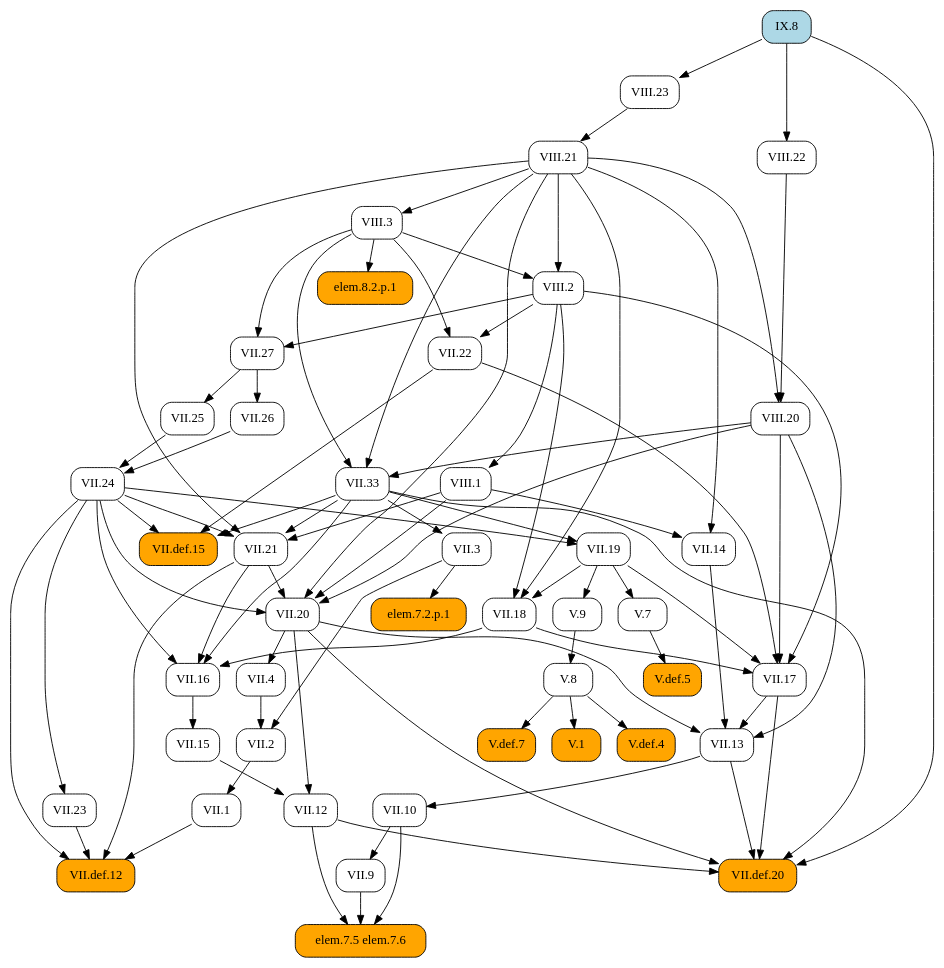
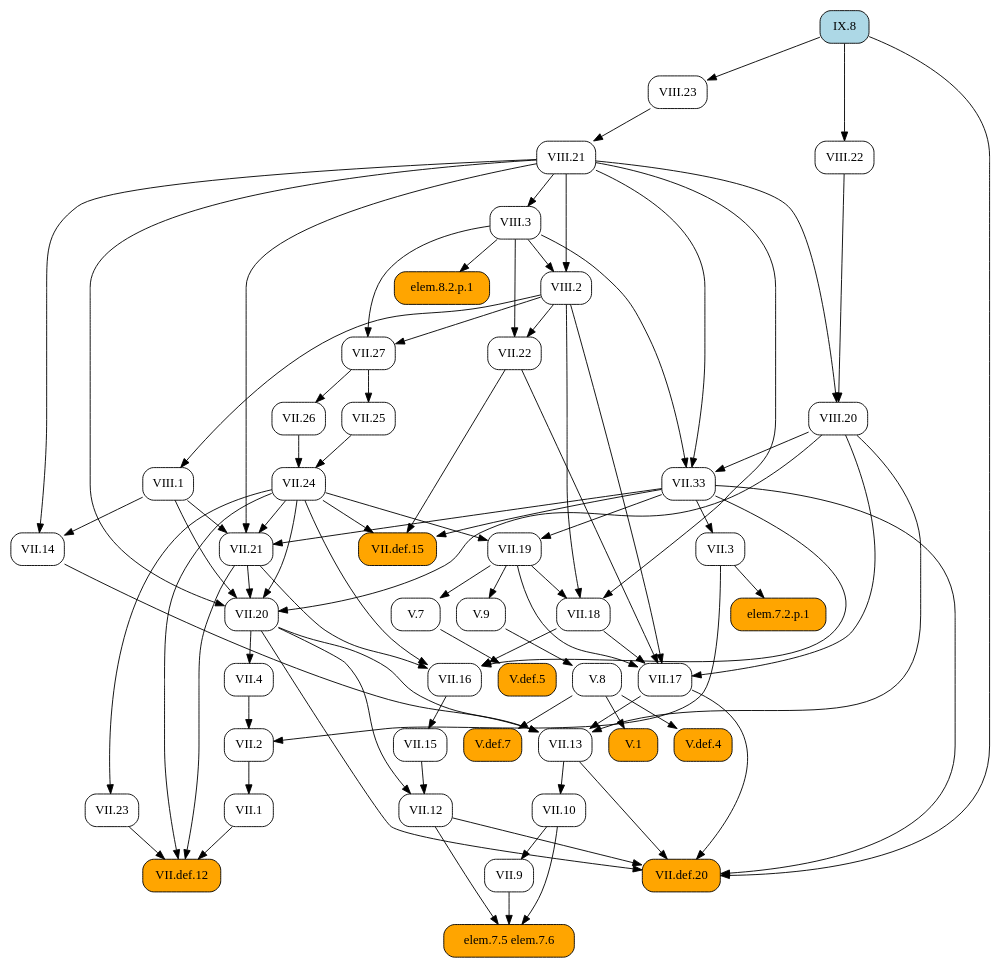
The diagram in docsrc/heath/IX/8/index.rst (geometor/elements), drawn with Graphviz before and after one commit. The commit also changed other lines of this file and 1029 other files, not shown here.

```diff
--- a/docsrc/heath/IX/8/index.rst
+++ b/docsrc/heath/IX/8/index.rst
@@ -54,133 +54,133 @@
    digraph {
      rankdir="TB";
      node [shape=box, style=rounded];
-     "V.1" [style="rounded,filled", fillcolor=orange, URL="/heath/V/1/", target="_top"];
+     "VII.1" [URL="/heath/VII/1/", target="_top"];
+     "VII.9" [URL="/heath/VII/9/", target="_top"];
+     "V.def.5" [style="rounded,filled", fillcolor=orange, URL="/heath/V/def.5/", target="_top"];
+     "VIII.23" [URL="/heath/VIII/23/", target="_top"];
+     "VII.17" [URL="/heath/VII/17/", target="_top"];
+     "VII.3" [URL="/heath/VII/3/", target="_top"];
+     "elem.7.5 elem.7.6" [style="rounded,filled", fillcolor=orange];
      "VIII.21" [URL="/heath/VIII/21/", target="_top"];
+     "V.7" [URL="/heath/V/7/", target="_top"];
+     "V.9" [URL="/heath/V/9/", target="_top"];
+     "VII.13" [URL="/heath/VII/13/", target="_top"];
+     "VII.2" [URL="/heath/VII/2/", target="_top"];
+     "VIII.1" [URL="/heath/VIII/1/", target="_top"];
+     "VIII.2" [URL="/heath/VIII/2/", target="_top"];
      "VII.12" [URL="/heath/VII/12/", target="_top"];
+     "VII.24" [URL="/heath/VII/24/", target="_top"];
      "IX.8" [style="rounded,filled", fillcolor=lightblue, URL="/heath/IX/8/", target="_top"];
-     "VII.14" [URL="/heath/VII/14/", target="_top"];
-     "VII.13" [URL="/heath/VII/13/", target="_top"];
-     "VII.16" [URL="/heath/VII/16/", target="_top"];
-     "V.def.4" [style="rounded,filled", fillcolor=orange, URL="/heath/V/def.4/", target="_top"];
+     "VII.def.12" [style="rounded,filled", fillcolor=orange, URL="/heath/VII/def.12/", target="_top"];
+     "V.8" [URL="/heath/V/8/", target="_top"];
+     "VII.33" [URL="/heath/VII/33/", target="_top"];
+     "VIII.22" [URL="/heath/VIII/22/", target="_top"];
+     "elem.7.2.p.1" [style="rounded,filled", fillcolor=orange];
+     "VII.10" [URL="/heath/VII/10/", target="_top"];
      "VII.def.15" [style="rounded,filled", fillcolor=orange, URL="/heath/VII/def.15/", target="_top"];
      "VII.18" [URL="/heath/VII/18/", target="_top"];
-     "V.8" [URL="/heath/V/8/", target="_top"];
+     "VII.19" [URL="/heath/VII/19/", target="_top"];
+     "VII.16" [URL="/heath/VII/16/", target="_top"];
+     "VII.26" [URL="/heath/VII/26/", target="_top"];
+     "VII.4" [URL="/heath/VII/4/", target="_top"];
+     "VII.25" [URL="/heath/VII/25/", target="_top"];
      "VII.21" [URL="/heath/VII/21/", target="_top"];
+     "V.1" [style="rounded,filled", fillcolor=orange, URL="/heath/V/1/", target="_top"];
+     "VII.20" [URL="/heath/VII/20/", target="_top"];
+     "VII.14" [URL="/heath/VII/14/", target="_top"];
+     "VII.27" [URL="/heath/VII/27/", target="_top"];
+     "VIII.3" [URL="/heath/VIII/3/", target="_top"];
+     "V.def.4" [style="rounded,filled", fillcolor=orange, URL="/heath/V/def.4/", target="_top"];
+     "VII.22" [URL="/heath/VII/22/", target="_top"];
      "VIII.20" [URL="/heath/VIII/20/", target="_top"];
-     "V.7" [URL="/heath/V/7/", target="_top"];
-     "VII.def.12" [style="rounded,filled", fillcolor=orange, URL="/heath/VII/def.12/", target="_top"];
+     "V.def.7" [style="rounded,filled", fillcolor=orange, URL="/heath/V/def.7/", target="_top"];
+     "VII.23" [URL="/heath/VII/23/", target="_top"];
      "VII.15" [URL="/heath/VII/15/", target="_top"];
-     "VII.2" [URL="/heath/VII/2/", target="_top"];
      "VII.def.20" [style="rounded,filled", fillcolor=orange, URL="/heath/VII/def.20/", target="_top"];
-     "VII.3" [URL="/heath/VII/3/", target="_top"];
-     "elem.7.5 elem.7.6" [style="rounded,filled", fillcolor=orange];
      "elem.8.2.p.1" [style="rounded,filled", fillcolor=orange];
-     "VII.10" [URL="/heath/VII/10/", target="_top"];
-     "VIII.23" [URL="/heath/VIII/23/", target="_top"];
-     "V.def.7" [style="rounded,filled", fillcolor=orange, URL="/heath/V/def.7/", target="_top"];
-     "VII.20" [URL="/heath/VII/20/", target="_top"];
-     "VII.9" [URL="/heath/VII/9/", target="_top"];
-     "VIII.1" [URL="/heath/VIII/1/", target="_top"];
-     "VII.25" [URL="/heath/VII/25/", target="_top"];
-     "VII.23" [URL="/heath/VII/23/", target="_top"];
-     "VII.27" [URL="/heath/VII/27/", target="_top"];
-     "VIII.2" [URL="/heath/VIII/2/", target="_top"];
-     "VII.24" [URL="/heath/VII/24/", target="_top"];
-     "VIII.3" [URL="/heath/VIII/3/", target="_top"];
-     "VII.19" [URL="/heath/VII/19/", target="_top"];
-     "VII.4" [URL="/heath/VII/4/", target="_top"];
-     "elem.7.2.p.1" [style="rounded,filled", fillcolor=orange];
-     "V.9" [URL="/heath/V/9/", target="_top"];
-     "VII.26" [URL="/heath/VII/26/", target="_top"];
-     "VIII.22" [URL="/heath/VIII/22/", target="_top"];
-     "VII.1" [URL="/heath/VII/1/", target="_top"];
-     "VII.22" [URL="/heath/VII/22/", target="_top"];
-     "VII.33" [URL="/heath/VII/33/", target="_top"];
-     "V.def.5" [style="rounded,filled", fillcolor=orange, URL="/heath/V/def.5/", target="_top"];
-     "VII.17" [URL="/heath/VII/17/", target="_top"];
-     "V.8" -> "V.1";
+     "VII.2" -> "VII.1";
+     "VII.10" -> "VII.9";
+     "V.7" -> "V.def.5";
+     "IX.8" -> "VIII.23";
+     "VII.18" -> "VII.17";
+     "VII.19" -> "VII.17";
+     "VII.22" -> "VII.17";
+     "VIII.2" -> "VII.17";
+     "VIII.20" -> "VII.17";
+     "VII.33" -> "VII.3";
+     "VII.9" -> "elem.7.5 elem.7.6";
+     "VII.10" -> "elem.7.5 elem.7.6";
+     "VII.12" -> "elem.7.5 elem.7.6";
      "VIII.23" -> "VIII.21";
-     "VII.15" -> "VII.12";
-     "VII.20" -> "VII.12";
-     "VIII.1" -> "VII.14";
-     "VIII.21" -> "VII.14";
+     "VII.19" -> "V.7";
+     "VII.19" -> "V.9";
      "VII.14" -> "VII.13";
      "VII.17" -> "VII.13";
      "VII.20" -> "VII.13";
      "VIII.20" -> "VII.13";
-     "VII.18" -> "VII.16";
-     "VII.21" -> "VII.16";
-     "VII.24" -> "VII.16";
-     "VII.33" -> "VII.16";
-     "V.8" -> "V.def.4";
+     "VII.3" -> "VII.2";
+     "VII.4" -> "VII.2";
+     "VIII.2" -> "VIII.1";
+     "VIII.3" -> "VIII.2";
+     "VIII.21" -> "VIII.2";
+     "VII.15" -> "VII.12";
+     "VII.20" -> "VII.12";
+     "VII.25" -> "VII.24";
+     "VII.26" -> "VII.24";
+     "VII.1" -> "VII.def.12";
+     "VII.21" -> "VII.def.12";
+     "VII.23" -> "VII.def.12";
+     "VII.24" -> "VII.def.12";
+     "V.9" -> "V.8";
+     "VIII.3" -> "VII.33";
+     "VIII.20" -> "VII.33";
+     "VIII.21" -> "VII.33";
+     "IX.8" -> "VIII.22";
+     "VII.3" -> "elem.7.2.p.1";
+     "VII.13" -> "VII.10";
      "VII.22" -> "VII.def.15";
      "VII.24" -> "VII.def.15";
      "VII.33" -> "VII.def.15";
      "VII.19" -> "VII.18";
      "VIII.2" -> "VII.18";
      "VIII.21" -> "VII.18";
-     "V.9" -> "V.8";
+     "VII.24" -> "VII.19";
+     "VII.33" -> "VII.19";
+     "VII.18" -> "VII.16";
+     "VII.21" -> "VII.16";
+     "VII.24" -> "VII.16";
+     "VII.33" -> "VII.16";
+     "VII.27" -> "VII.26";
+     "VII.20" -> "VII.4";
+     "VII.27" -> "VII.25";
      "VII.24" -> "VII.21";
      "VII.33" -> "VII.21";
      "VIII.1" -> "VII.21";
      "VIII.21" -> "VII.21";
+     "V.8" -> "V.1";
+     "VII.21" -> "VII.20";
+     "VII.24" -> "VII.20";
+     "VIII.1" -> "VII.20";
+     "VIII.20" -> "VII.20";
+     "VIII.21" -> "VII.20";
+     "VIII.1" -> "VII.14";
+     "VIII.21" -> "VII.14";
+     "VIII.2" -> "VII.27";
+     "VIII.3" -> "VII.27";
+     "VIII.21" -> "VIII.3";
+     "V.8" -> "V.def.4";
+     "VIII.2" -> "VII.22";
+     "VIII.3" -> "VII.22";
      "VIII.21" -> "VIII.20";
      "VIII.22" -> "VIII.20";
-     "VII.19" -> "V.7";
-     "VII.1" -> "VII.def.12";
-     "VII.21" -> "VII.def.12";
-     "VII.23" -> "VII.def.12";
-     "VII.24" -> "VII.def.12";
+     "V.8" -> "V.def.7";
+     "VII.24" -> "VII.23";
      "VII.16" -> "VII.15";
-     "VII.3" -> "VII.2";
-     "VII.4" -> "VII.2";
      "VII.12" -> "VII.def.20";
      "VII.13" -> "VII.def.20";
      "VII.17" -> "VII.def.20";
      "VII.20" -> "VII.def.20";
      "VII.33" -> "VII.def.20";
      "IX.8" -> "VII.def.20";
-     "VII.33" -> "VII.3";
-     "VII.9" -> "elem.7.5 elem.7.6";
-     "VII.10" -> "elem.7.5 elem.7.6";
-     "VII.12" -> "elem.7.5 elem.7.6";
      "VIII.3" -> "elem.8.2.p.1";
-     "VII.13" -> "VII.10";
-     "IX.8" -> "VIII.23";
-     "V.8" -> "V.def.7";
-     "VII.21" -> "VII.20";
-     "VII.24" -> "VII.20";
-     "VIII.1" -> "VII.20";
-     "VIII.20" -> "VII.20";
-     "VIII.21" -> "VII.20";
-     "VII.10" -> "VII.9";
-     "VIII.2" -> "VIII.1";
-     "VII.27" -> "VII.25";
-     "VII.24" -> "VII.23";
-     "VIII.2" -> "VII.27";
-     "VIII.3" -> "VII.27";
-     "VIII.3" -> "VIII.2";
-     "VIII.21" -> "VIII.2";
-     "VII.25" -> "VII.24";
-     "VII.26" -> "VII.24";
-     "VIII.21" -> "VIII.3";
-     "VII.24" -> "VII.19";
-     "VII.33" -> "VII.19";
-     "VII.20" -> "VII.4";
-     "VII.3" -> "elem.7.2.p.1";
-     "VII.19" -> "V.9";
-     "VII.27" -> "VII.26";
-     "IX.8" -> "VIII.22";
-     "VII.2" -> "VII.1";
-     "VIII.2" -> "VII.22";
-     "VIII.3" -> "VII.22";
-     "VIII.3" -> "VII.33";
-     "VIII.20" -> "VII.33";
-     "VIII.21" -> "VII.33";
-     "V.7" -> "V.def.5";
-     "VII.18" -> "VII.17";
-     "VII.19" -> "VII.17";
-     "VII.22" -> "VII.17";
-     "VIII.2" -> "VII.17";
-     "VIII.20" -> "VII.17";
    }
```
